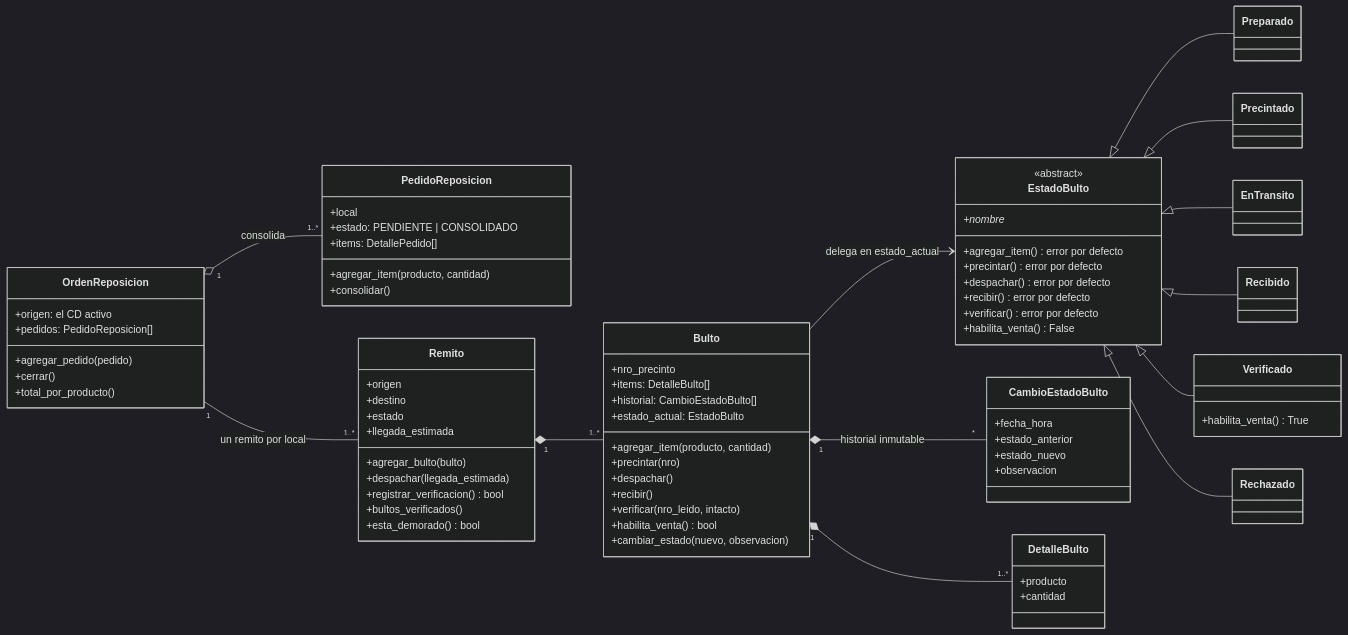
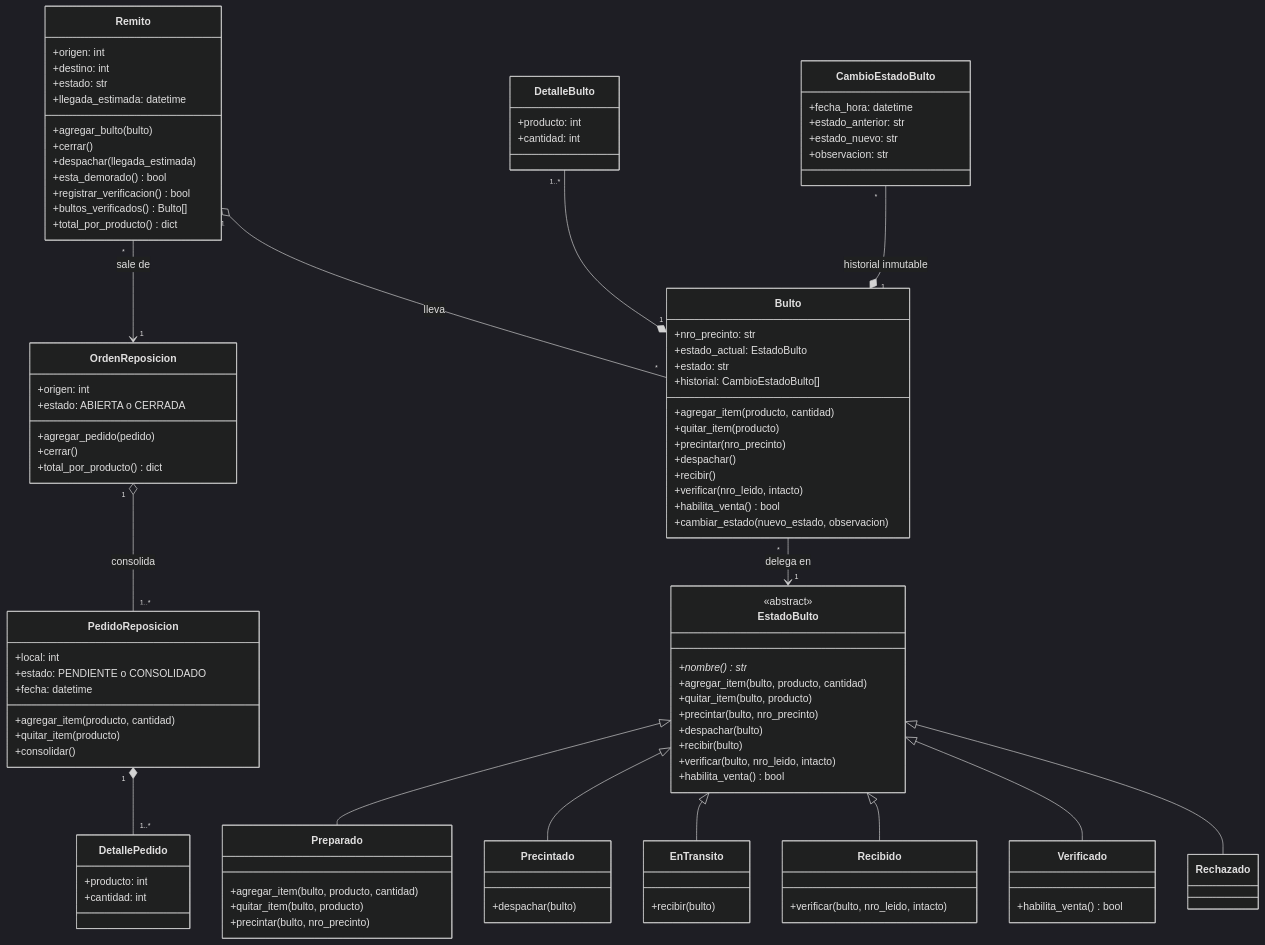
Before and after one commit to FrancoCastrillo1/proyecto-dao-ventas: the sixth of 10 diagrams in tp-dao-tema3/docs/diagramas.md, drawn with Mermaid (dark theme). The commit also changed other lines of this file and 58 other files, not shown here.

First line of the commit message:
Reportes: 5 reportes y 3 tableros; seed de 90 dias hasta hoy; diagramas de clases

````diff
--- a/tp-dao-tema3/docs/diagramas.md
+++ b/tp-dao-tema3/docs/diagramas.md
@@ -68,83 +318,103 @@
 ```mermaid
 classDiagram
-    direction LR
+    direction TB
     class PedidoReposicion {
-        +local
-        +estado: PENDIENTE | CONSOLIDADO
-        +items: DetallePedido[]
+        +local: int
+        +estado: PENDIENTE o CONSOLIDADO
+        +fecha: datetime
         +agregar_item(producto, cantidad)
+        +quitar_item(producto)
         +consolidar()
     }
+    class DetallePedido {
+        +producto: int
+        +cantidad: int
+    }
     class OrdenReposicion {
-        +origen: el CD activo
-        +pedidos: PedidoReposicion[]
+        +origen: int
+        +estado: ABIERTA o CERRADA
         +agregar_pedido(pedido)
         +cerrar()
-        +total_por_producto()
+        +total_por_producto() dict
     }
     class Remito {
-        +origen
-        +destino
-        +estado
-        +llegada_estimada
+        +origen: int
+        +destino: int
+        +estado: str
+        +llegada_estimada: datetime
         +agregar_bulto(bulto)
+        +cerrar()
         +despachar(llegada_estimada)
+        +esta_demorado() bool
         +registrar_verificacion() bool
-        +bultos_verificados()
-        +esta_demorado() bool
+        +bultos_verificados() Bulto[]
+        +total_por_producto() dict
     }
     class Bulto {
-        +nro_precinto
-        +items: DetalleBulto[]
+        +nro_precinto: str
+        +estado_actual: EstadoBulto
+        +estado: str
         +historial: CambioEstadoBulto[]
-        +estado_actual: EstadoBulto
         +agregar_item(producto, cantidad)
-        +precintar(nro)
+        +quitar_item(producto)
+        +precintar(nro_precinto)
         +despachar()
         +recibir()
         +verificar(nro_leido, intacto)
         +habilita_venta() bool
-        +cambiar_estado(nuevo, observacion)
+        +cambiar_estado(nuevo_estado, observacion)
+    }
+    class DetalleBulto {
+        +producto: int
+        +cantidad: int
+    }
+    class CambioEstadoBulto {
+        +fecha_hora: datetime
+        +estado_anterior: str
+        +estado_nuevo: str
+        +observacion: str
     }
     class EstadoBulto {
         <<abstract>>
-        +nombre*
-        +agregar_item() error por defecto
-        +precintar() error por defecto
-        +despachar() error por defecto
-        +recibir() error por defecto
-        +verificar() error por defecto
-        +habilita_venta() False
+        +nombre()* str
+        +agregar_item(bulto, producto, cantidad)
+        +quitar_item(bulto, producto)
+        +precintar(bulto, nro_precinto)
+        +despachar(bulto)
+        +recibir(bulto)
+        +verificar(bulto, nro_leido, intacto)
+        +habilita_venta() bool
     }
-    class Preparado
-    class Precintado
-    class EnTransito
-    class Recibido
+    class Preparado {
+        +agregar_item(bulto, producto, cantidad)
+        +quitar_item(bulto, producto)
+        +precintar(bulto, nro_precinto)
+    }
+    class Precintado {
+        +despachar(bulto)
+    }
+    class EnTransito {
+        +recibir(bulto)
+    }
+    class Recibido {
+        +verificar(bulto, nro_leido, intacto)
+    }
     class Verificado {
-        +habilita_venta() True
+        +habilita_venta() bool
     }
     class Rechazado
-    class CambioEstadoBulto {
-        +fecha_hora
-        +estado_anterior
-        +estado_nuevo
-        +observacion
-    }
-    class DetalleBulto {
-        +producto
-        +cantidad
-    }
 
-    OrdenReposicion "1" o-- "1..*" PedidoReposicion : consolida
-    OrdenReposicion "1" -- "1..*" Remito : un remito por local
-    Remito "1" *-- "1..*" Bulto
-    Bulto "1" *-- "1..*" DetalleBulto
-    Bulto "1" *-- "*" CambioEstadoBulto : historial inmutable
-    Bulto --> EstadoBulto : delega en estado_actual
+    Bulto "*" --> "1" EstadoBulto : delega en
     EstadoBulto <|-- Preparado
     EstadoBulto <|-- Precintado
     EstadoBulto <|-- EnTransito
     EstadoBulto <|-- Recibido
     EstadoBulto <|-- Verificado
     EstadoBulto <|-- Rechazado
+    OrdenReposicion "1" o-- "1..*" PedidoReposicion : consolida
+    PedidoReposicion "1" *-- "1..*" DetallePedido
+    Remito "*" --> "1" OrdenReposicion : sale de
+    Remito "1" o-- "*" Bulto : lleva
+    DetalleBulto "1..*" --* "1" Bulto
+    CambioEstadoBulto "*" --* "1" Bulto : historial inmutable
 ```
````
